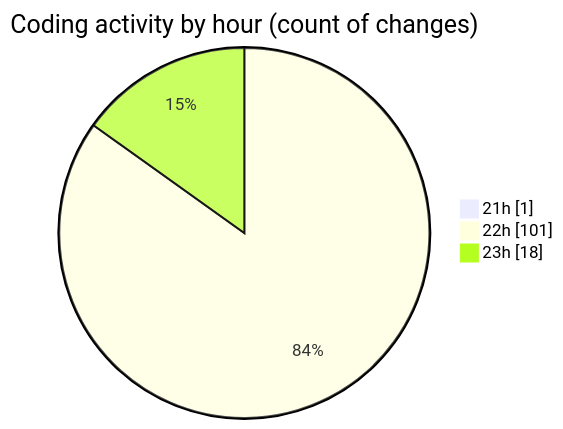
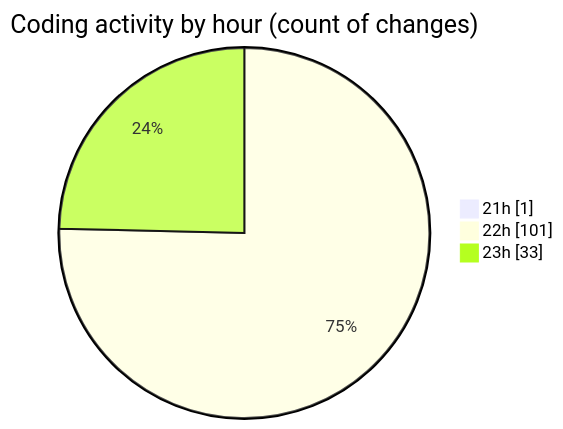
Before and after one commit to Unknowalive/code-tracking: the second of 2 diagrams in 2026-04-07/t2s/README.md, drawn with Mermaid. The commit also changed other lines of this file and 1 other file, not shown here.

````diff
--- a/2026-04-07/t2s/README.md
+++ b/2026-04-07/t2s/README.md
@@ -101,7 +107,7 @@
 ```mermaid
 pie showData
 title Coding activity by hour (count of changes)
 "21h" : 1
 "22h" : 101
-"23h" : 18
+"23h" : 33
 ```
````
